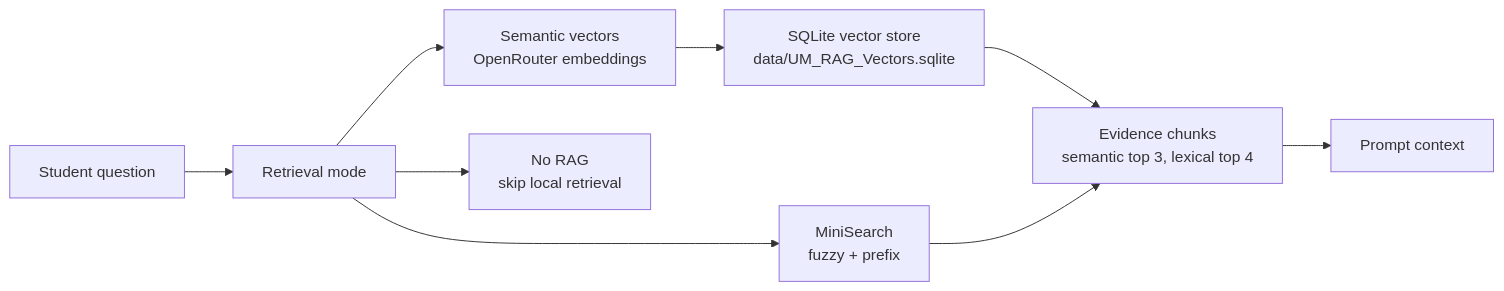
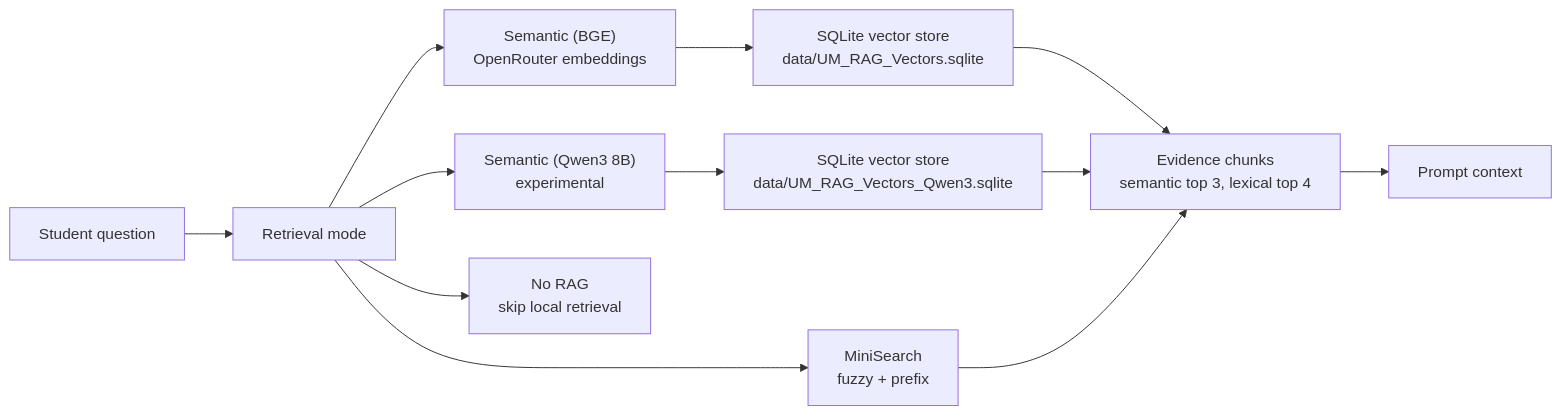
Before and after one commit to nfdlh/tensor-talk: the diagram in docs/rag.md, drawn with Mermaid. The commit also changed other lines of this file and 20 other files, not shown here.

````diff
--- a/docs/rag.md
+++ b/docs/rag.md
@@ -11,17 +11,20 @@
 ```mermaid
 flowchart LR
   Question["Student question"]
   Mode["Retrieval mode"]
-  Semantic["Semantic vectors<br/>OpenRouter embeddings"]
+  Semantic["Semantic (BGE)<br/>OpenRouter embeddings"]
+  Qwen["Semantic (Qwen3 8B)<br/>experimental"]
   SQLite["SQLite vector store<br/>data/UM_RAG_Vectors.sqlite"]
+  QwenSQLite["SQLite vector store<br/>data/UM_RAG_Vectors_Qwen3.sqlite"]
   Lexical["MiniSearch<br/>fuzzy + prefix"]
   None["No RAG<br/>skip local retrieval"]
   Evidence["Evidence chunks<br/>semantic top 3, lexical top 4"]
   Prompt["Prompt context"]
 
   Question --> Mode
   Mode --> Semantic --> SQLite --> Evidence
+  Mode --> Qwen --> QwenSQLite --> Evidence
   Mode --> Lexical --> Evidence
   Mode --> None
   Evidence --> Prompt
 ```
````
